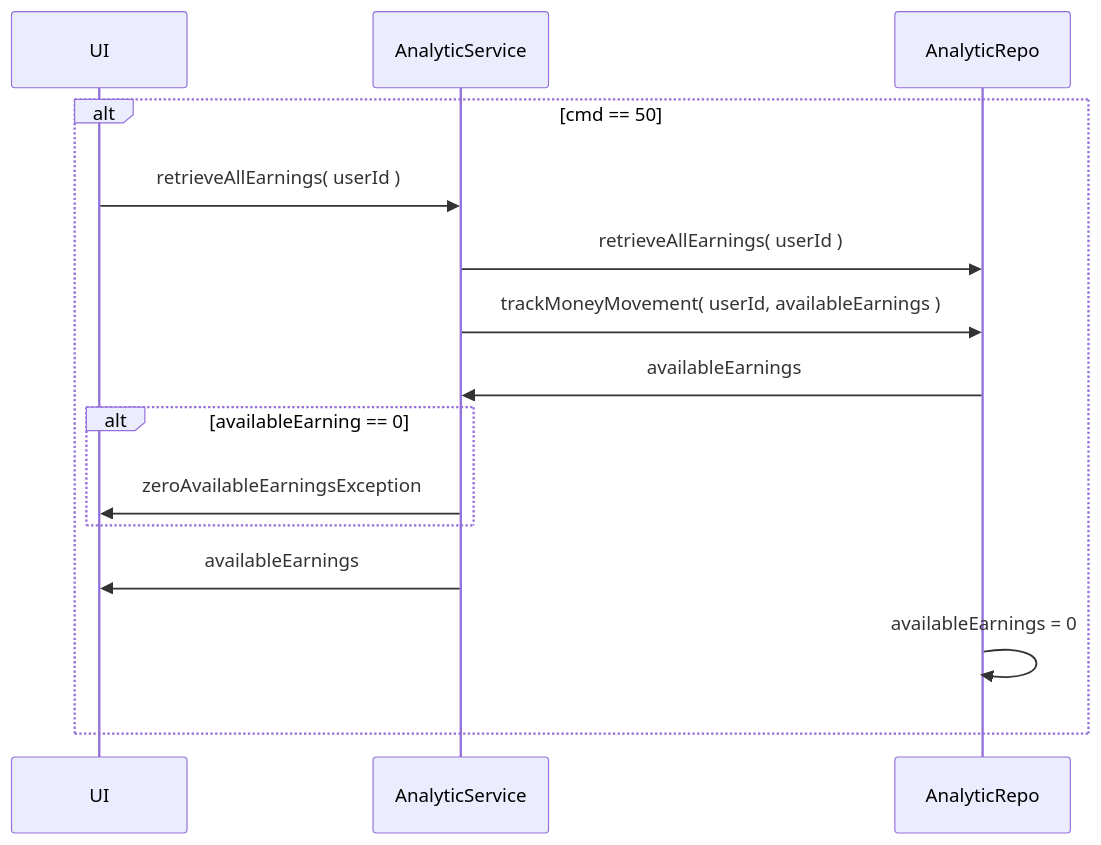
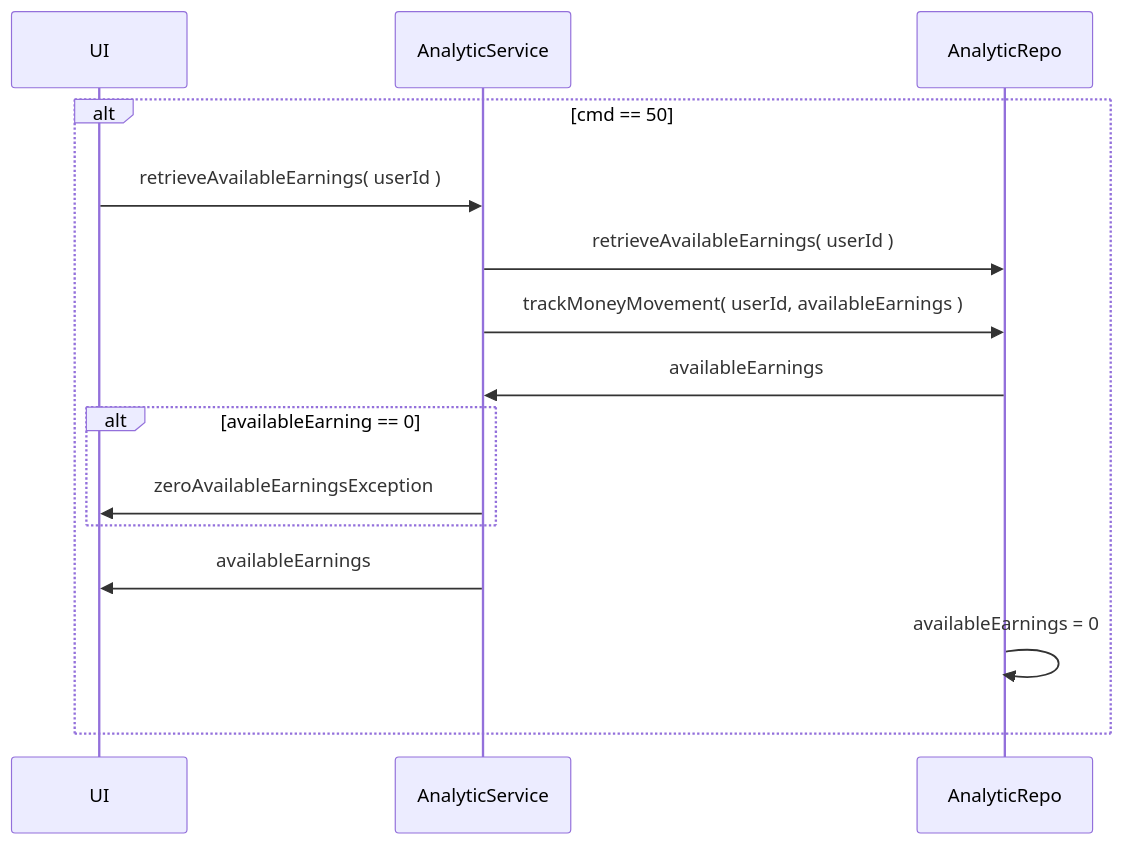
Diagram 14 of 14 in README.md (Apameus/Vending_Machine), drawn with Mermaid before and after one commit. The commit also changed other lines of this file and 18 other files, not shown here.

````diff
--- a/README.md
+++ b/README.md
@@ -295,19 +296,19 @@
 ```mermaid
 sequenceDiagram
 participant UI
 participant AS as AnalyticService
 participant AR as AnalyticRepo
 
 
 alt cmd == 50
-UI ->> AS: retrieveAllEarnings( userId )
-AS ->> AR: retrieveAllEarnings( userId )
+UI ->> AS: retrieveAvailableEarnings( userId )
+AS ->> AR: retrieveAvailableEarnings( userId )
     AS ->> AR: trackMoneyMovement( userId, availableEarnings )
     AR ->> AS: availableEarnings
         alt availableEarning == 0
         AS ->> UI: zeroAvailableEarningsException
         end
     AS ->> UI: availableEarnings
 AR ->> AR: availableEarnings = 0
 end
 ```
````
